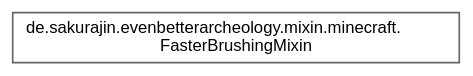
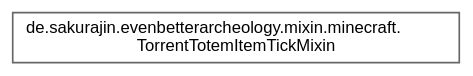
One commit to noah1510/EvenBetterArcheology changed the diagram in inherit_graph_12.dot. Above: the diagram before and after it, drawn with Graphviz. The commit also changed 126 other files, not shown here.

```diff
--- a/inherit_graph_12.dot
+++ b/inherit_graph_12.dot
@@ -1,9 +1,9 @@
 digraph "Graphical Class Hierarchy"
 {
  // LATEX_PDF_SIZE
   bgcolor="transparent";
   edge [fontname=Helvetica,fontsize=10,labelfontname=Helvetica,labelfontsize=10];
   node [fontname=Helvetica,fontsize=10,shape=box,height=0.2,width=0.4];
   rankdir="LR";
-  Node0 [label="de.sakurajin.evenbetterarcheology.mixin.minecraft.\lFasterBrushingMixin",height=0.2,width=0.4,color="grey40", fillcolor="white", style="filled",URL="$classde_1_1sakurajin_1_1evenbetterarcheology_1_1mixin_1_1minecraft_1_1FasterBrushingMixin.html",tooltip=" "];
+  Node0 [label="de.sakurajin.evenbetterarcheology.mixin.minecraft.\lTorrentTotemItemTickMixin",height=0.2,width=0.4,color="grey40", fillcolor="white", style="filled",URL="$classde_1_1sakurajin_1_1evenbetterarcheology_1_1mixin_1_1minecraft_1_1TorrentTotemItemTickMixin.html",tooltip=" "];
 }
```
